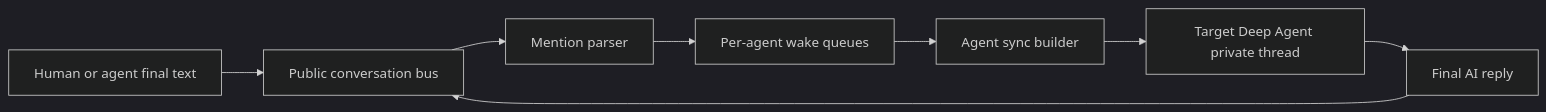
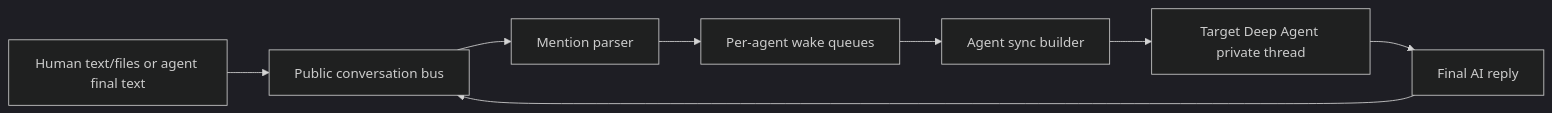
Before and after one commit to Micka33/coding-agents: the diagram in docs/mention-router-spec.md, drawn with Mermaid (dark theme). The commit also changed other lines of this file, not shown here.

````diff
--- a/docs/mention-router-spec.md
+++ b/docs/mention-router-spec.md
@@ -92,10 +107,10 @@
 ```mermaid
 flowchart LR
-    H["Human or agent final text"] --> B["Public conversation bus"]
+    H["Human text/files or agent final text"] --> B["Public conversation bus"]
     B --> P["Mention parser"]
     P --> Q["Per-agent wake queues"]
     Q --> S["Agent sync builder"]
     S --> A["Target Deep Agent private thread"]
     A --> R["Final AI reply"]
     R --> B
 ```
````
